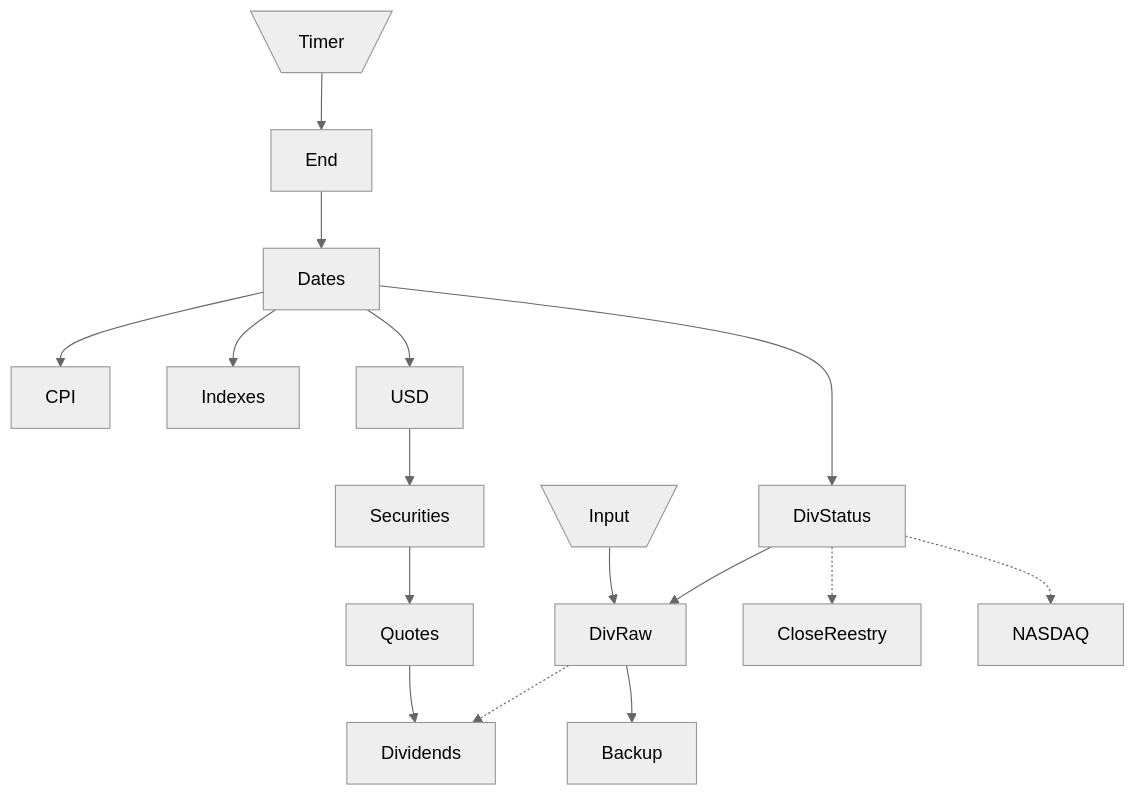
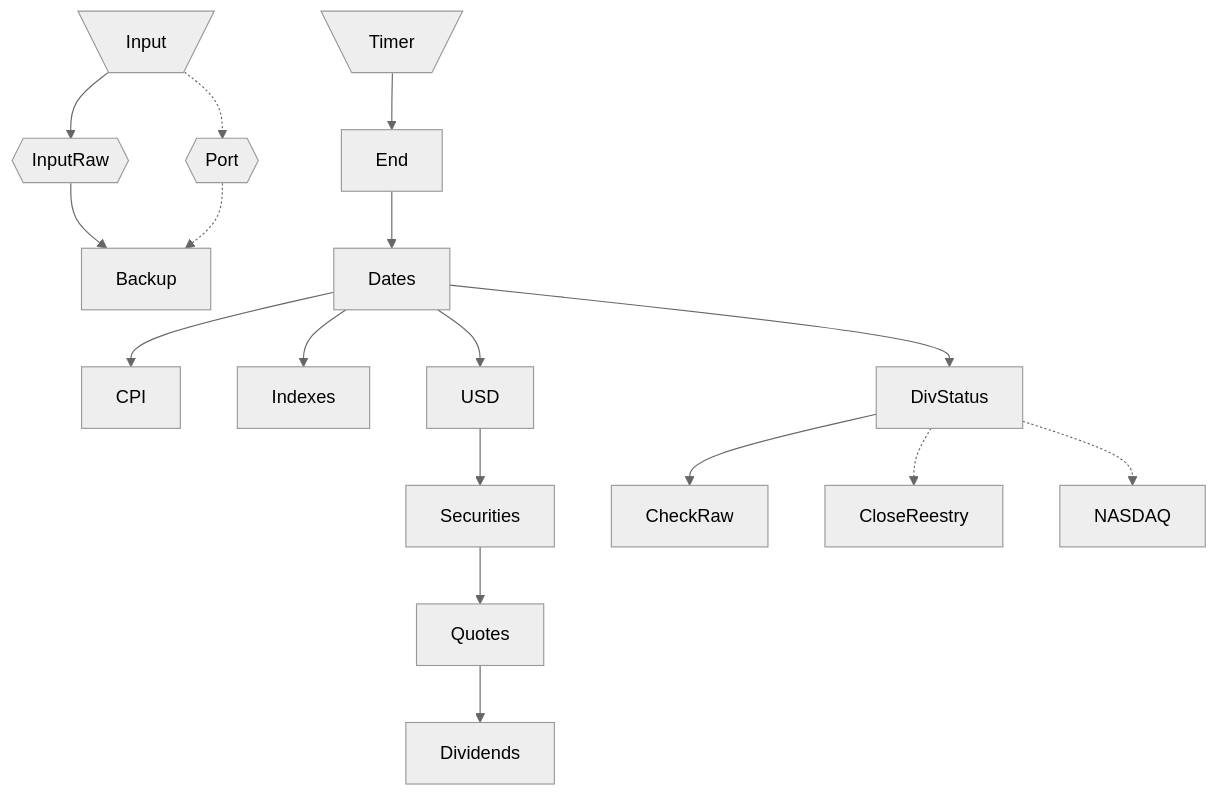
Before and after one commit to WLM1ke/poptimizer: the diagram in data/README.md, drawn with Mermaid (neutral theme). The commit also changed 9 other files, not shown here.

````diff
--- a/data/README.md
+++ b/data/README.md
@@ -20,22 +20,23 @@
 ```mermaid
 flowchart
+    Input[\Input/]-->InputRaw{{InputRaw}}
+    Input[\Input/]-.->Port{{Port}}
+    InputRaw-->Backup
+    Port-.->Backup
+    
     Timer[\Timer/]-->End
     End-->Dates
     
     Dates-->CPI
     Dates-->Indexes
     Dates-->USD
 	Dates-->DivStatus
 
 	USD-->Securities
     Securities-->Quotes
 	Quotes-->Dividends
     
-    Input[\Input/]-->DivRaw
-    DivRaw-.->Dividends
-    DivRaw-->Backup
-    
-    DivStatus-->DivRaw
+    DivStatus-->CheckRaw
     DivStatus-.->CloseReestry
     DivStatus-.->NASDAQ
 ```
````
